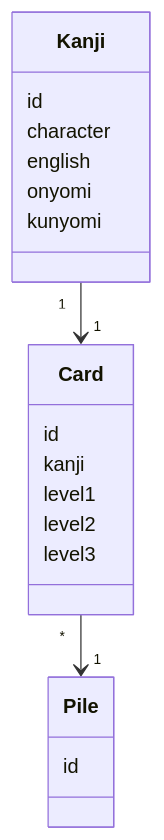
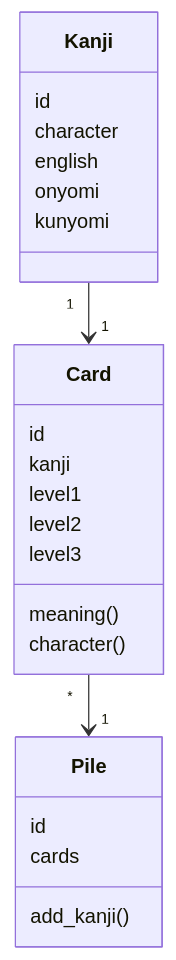
The first of 2 diagrams in kanji-app/documentation/software_architecture.md (johannalehto/kanji-flash-cards), drawn with Mermaid before and after one commit. The commit also changed other lines of this file, not shown here.

````diff
--- a/kanji-app/documentation/software_architecture.md
+++ b/kanji-app/documentation/software_architecture.md
@@ -15,22 +34,26 @@
 ```mermaid
 classDiagram
     Card "*" --> "1" Pile
     class Pile{
         id
+        cards
+        add_kanji()
     }
     class Card{
         id
         kanji
         level1
         level2
         level3
+        meaning()
+        character()
     }
     Kanji "1" --> "1" Card
     class Kanji{
         id
         character
         english
         onyomi
         kunyomi
     }
 ```
````
